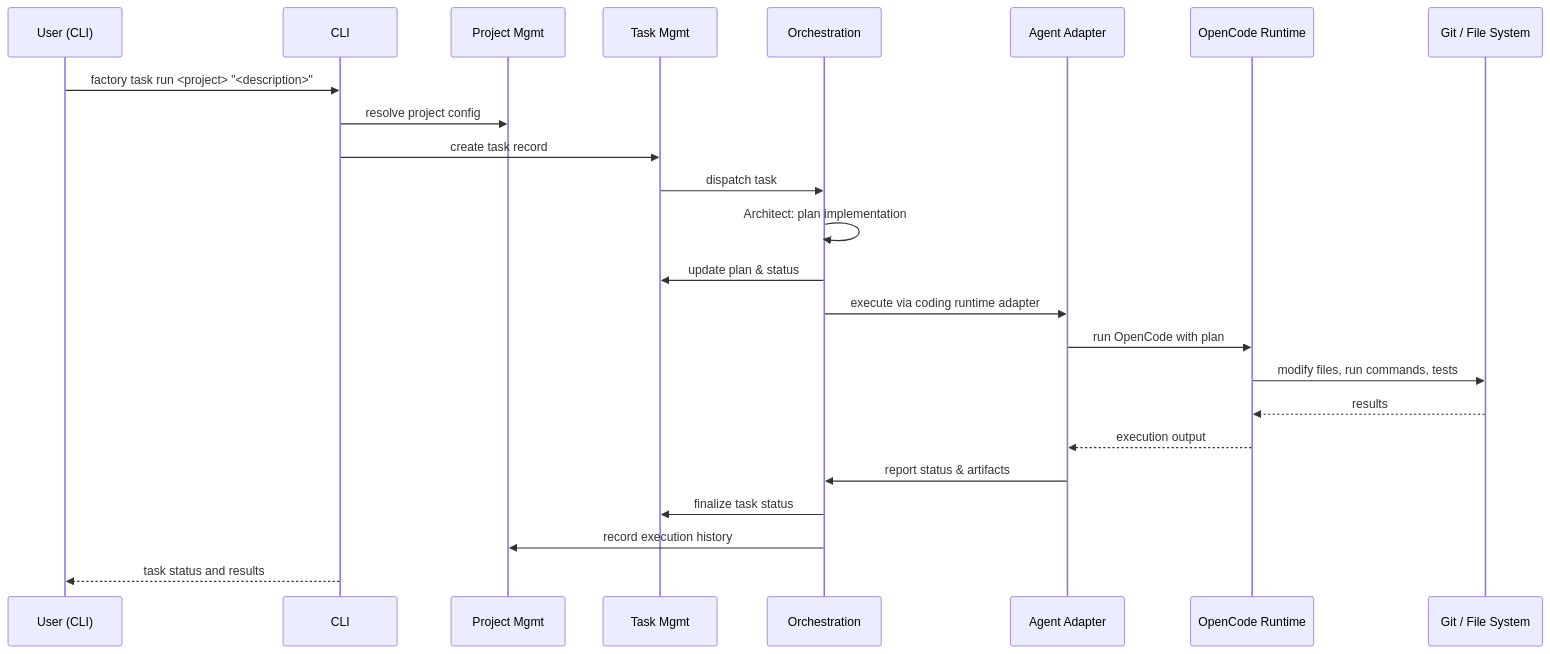
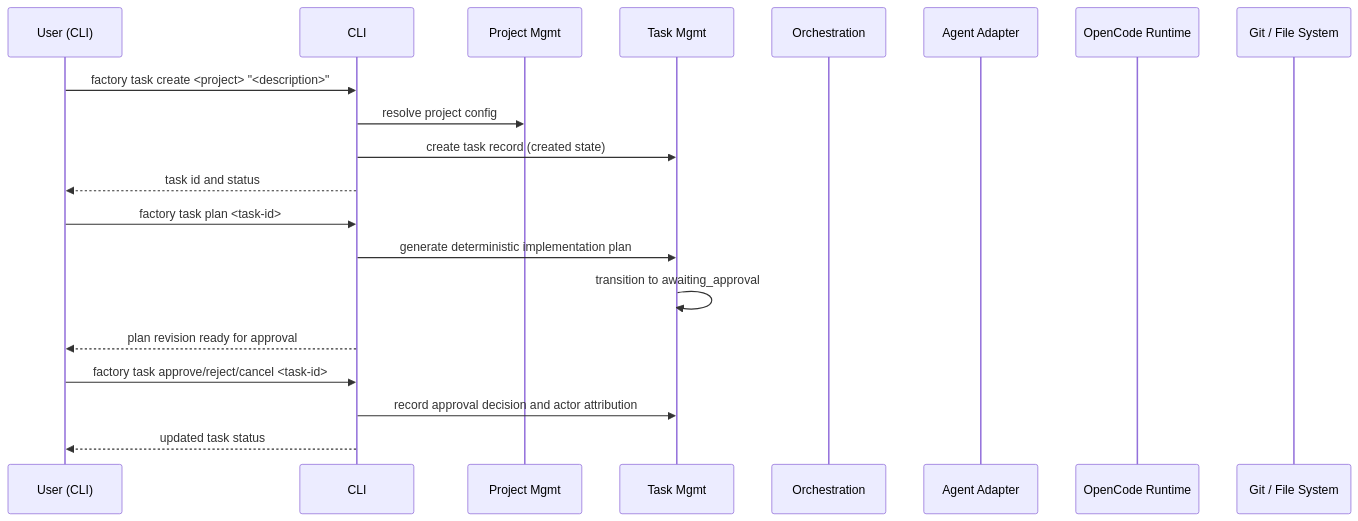
The second of 2 diagrams in ARCHITECTURE.md (ibrahimmurtaza/factory-lab), drawn with Mermaid before and after one commit. The commit also changed other lines of this file and 4 other files, not shown here.

````diff
--- a/ARCHITECTURE.md
+++ b/ARCHITECTURE.md
@@ -81,27 +82,23 @@
 ```mermaid
 sequenceDiagram
     participant U as User (CLI)
     participant C as CLI
     participant P as Project Mgmt
     participant T as Task Mgmt
     participant O as Orchestration
     participant A as Agent Adapter
     participant R as OpenCode Runtime
     participant G as Git / File System
 
-    U->>C: factory task run <project> "<description>"
+    U->>C: factory task create <project> "<description>"
     C->>P: resolve project config
-    C->>T: create task record
-    T->>O: dispatch task
-    O->>O: Architect: plan implementation
-    O->>T: update plan & status
-    O->>A: execute via coding runtime adapter
-    A->>R: run OpenCode with plan
-    R->>G: modify files, run commands, tests
-    G-->>R: results
-    R-->>A: execution output
-    A->>O: report status & artifacts
-    O->>T: finalize task status
-    O->>P: record execution history
-    C-->>U: task status and results
+    C->>T: create task record (created state)
+    C-->>U: task id and status
+    U->>C: factory task plan <task-id>
+    C->>T: generate deterministic implementation plan
+    T->>T: transition to awaiting_approval
+    C-->>U: plan revision ready for approval
+    U->>C: factory task approve/reject/cancel <task-id>
+    C->>T: record approval decision and actor attribution
+    C-->>U: updated task status
 ```
````
